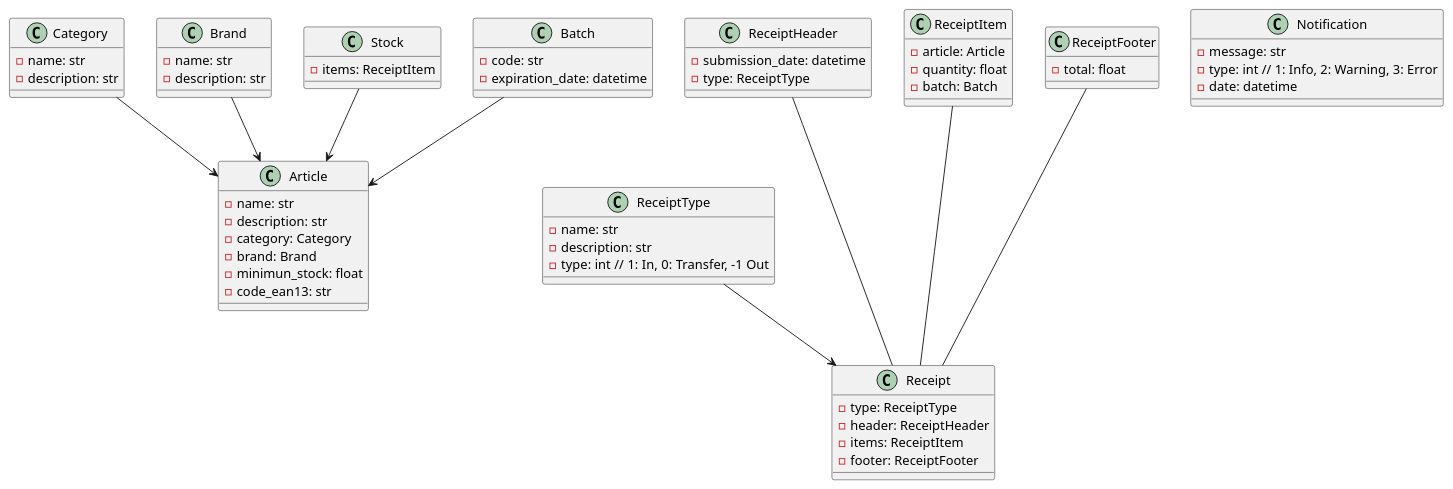
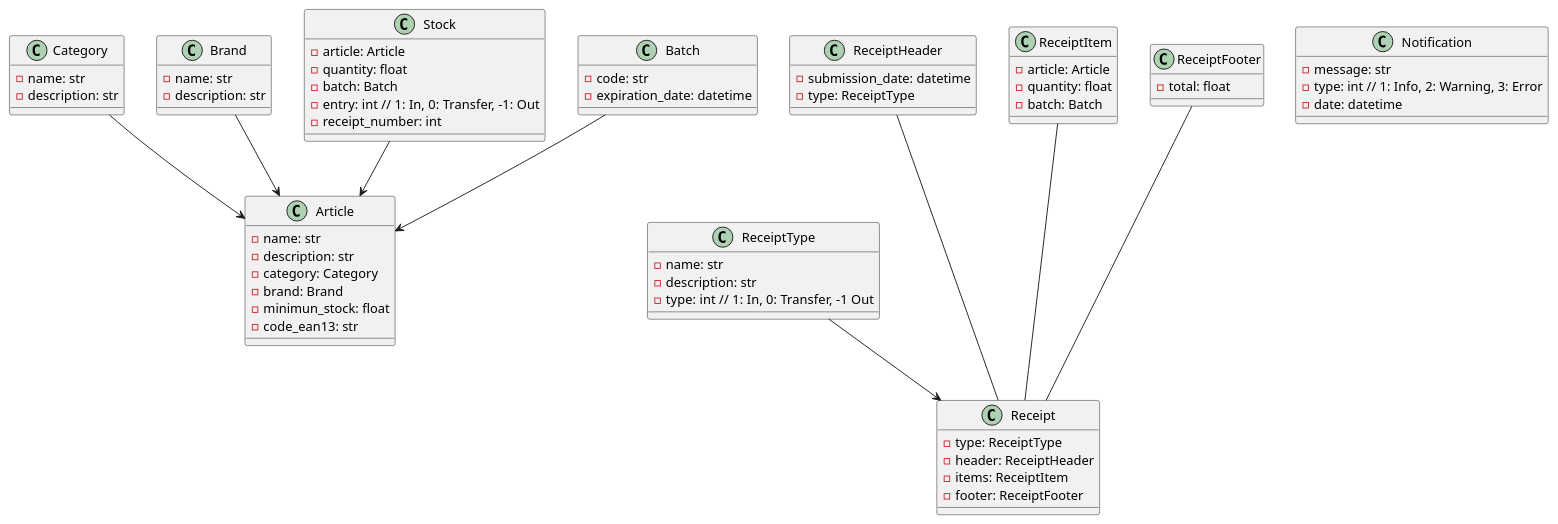
Before and after one commit to ElielMato/gestion_system: the diagram in docs/class_diagram.puml, drawn with PlantUML. The commit also changed 27 other files, not shown here.

```diff
--- a/docs/class_diagram.puml
+++ b/docs/class_diagram.puml
@@ -1,75 +1,79 @@
 @startuml ClassDiagram
 
 class Article {
     - name: str
     - description: str 
     - category: Category
     - brand: Brand
     - minimun_stock: float
     - code_ean13: str
 }
 
 class Category {
     - name: str
     - description: str
 }
 
 class Brand {
     - name: str
     - description: str
 }
 
 class Stock {
-    - items: ReceiptItem
+    - article: Article
+    - quantity: float
+    - batch: Batch
+    - entry: int // 1: In, 0: Transfer, -1: Out
+    - receipt_number: int
 }
 
 class ReceiptType {
     - name: str
     - description: str
     - type: int // 1: In, 0: Transfer, -1 Out
 }
 
 class ReceiptHeader {
     - submission_date: datetime
     - type: ReceiptType
 }
 
 class ReceiptItem {
     - article: Article
     - quantity: float
     - batch: Batch
 }
 
 class ReceiptFooter {
     - total: float
 }
 
 class Receipt {
     - type: ReceiptType
     - header: ReceiptHeader
     - items: ReceiptItem
     - footer: ReceiptFooter
 }
 
 class Notification {
     - message: str
     - type: int // 1: Info, 2: Warning, 3: Error
     - date: datetime
 }
 
 class Batch {
     - code: str
     - expiration_date: datetime
 }
 
 Stock --> Article
 Brand --> Article
 Category --> Article
 Batch --> Article
 
 ReceiptType --> Receipt 
 ReceiptHeader --- Receipt
 ReceiptItem --- Receipt
 ReceiptFooter --- Receipt
 
 @enduml
```
